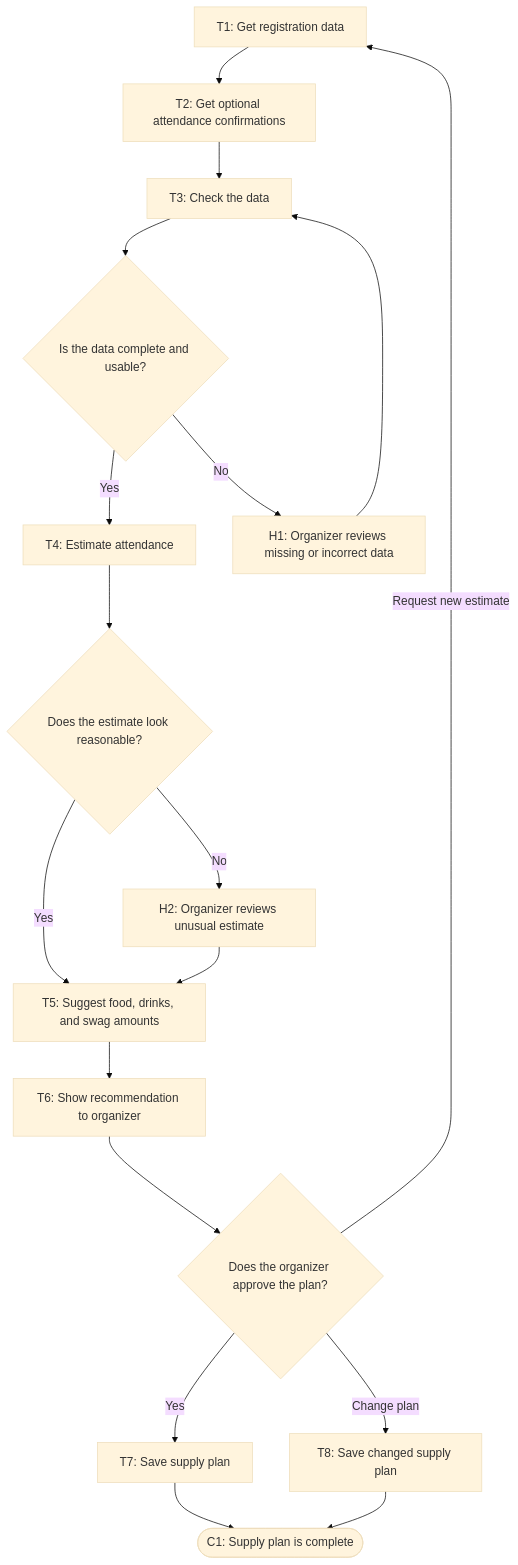
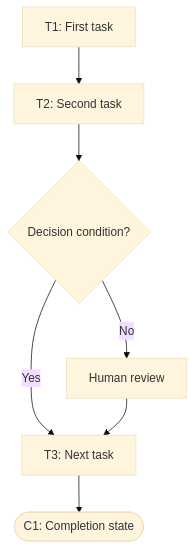
Before and after one commit to bella940118-lgtm/-BUS4498_InClass_Builds: the diagram in my_first_agent/workflow-of-tasks.md, drawn with Mermaid (base theme). The commit also changed other lines of this file, not shown here.

````diff
--- a/my_first_agent/workflow-of-tasks.md
+++ b/my_first_agent/workflow-of-tasks.md
@@ -28,25 +25,9 @@
 ```mermaid
 flowchart TD
-    T1["T1: Get registration data"] --> T2["T2: Get optional attendance confirmations"]
-    T2 --> T3["T3: Check the data"]
-    T3 --> D1{"Is the data complete and usable?"}
-
-    D1 -->|Yes| T4["T4: Estimate attendance"]
-    D1 -->|No| H1["H1: Organizer reviews missing or incorrect data"]
+    T1["T1: First task"] --> T2["T2: Second task"]
+    T2 --> D1{"Decision condition?"}
+    D1 -->|Yes| T3["T3: Next task"]
+    D1 -->|No| H1["Human review"]
     H1 --> T3
-
-    T4 --> D2{"Does the estimate look reasonable?"}
-    D2 -->|Yes| T5["T5: Suggest food, drinks, and swag amounts"]
-    D2 -->|No| H2["H2: Organizer reviews unusual estimate"]
-    H2 --> T5
-
-    T5 --> T6["T6: Show recommendation to organizer"]
-    T6 --> D3{"Does the organizer approve the plan?"}
-
-    D3 -->|Yes| T7["T7: Save supply plan"]
-    D3 -->|Change plan| T8["T8: Save changed supply plan"]
-    D3 -->|Request new estimate| T1
-
-    T7 --> C1([C1: Supply plan is complete])
-    T8 --> C1
+    T3 --> C1([C1: Completion state])
 ```
````
